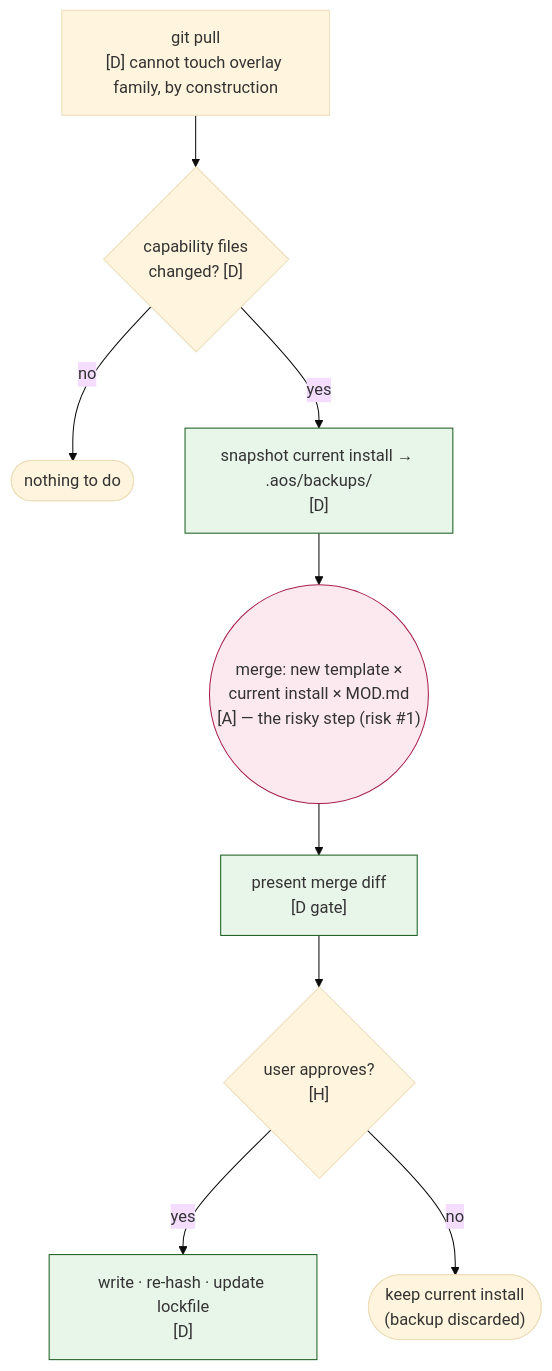
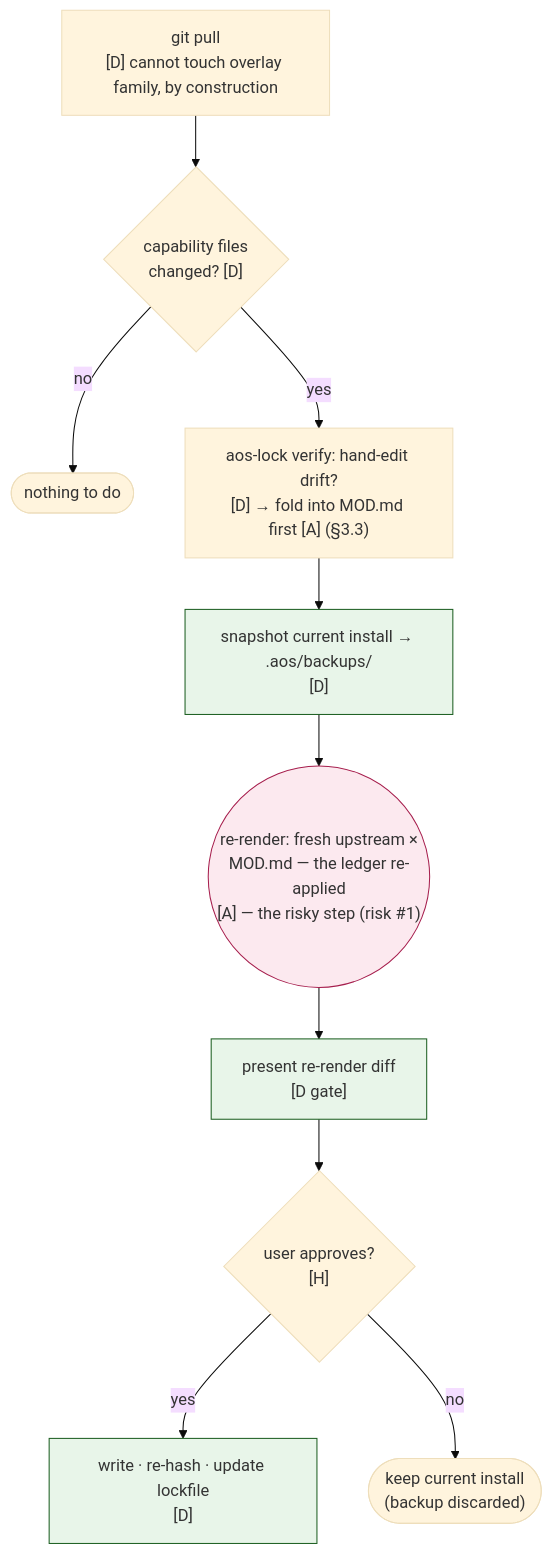
One commit to AlmogBaku/aos changed the second of 2 diagrams in design/install-flow.md. Above: the diagram before and after it, drawn with Mermaid (base theme). The commit also changed other lines of this file and 7 other files, not shown here.

````diff
--- a/design/install-flow.md
+++ b/design/install-flow.md
@@ -62,16 +61,17 @@
 ```mermaid
 flowchart TB
     A["git pull<br/>[D] cannot touch overlay family, by construction"] --> B{"capability files<br/>changed? [D]"}
     B -->|no| Z(["nothing to do"])
-    B -->|yes| C["snapshot current install → .aos/backups/<br/>[D]"]
-    C --> M(("merge: new template ×<br/>current install × MOD.md<br/>[A] — the risky step (risk #1)"))
-    M --> D["present merge diff<br/>[D gate]"]
+    B -->|yes| V["aos-lock verify: hand-edit drift?<br/>[D] → fold into MOD.md first [A] (§3.3)"]
+    V --> C["snapshot current install → .aos/backups/<br/>[D]"]
+    C --> M(("re-render: fresh upstream ×<br/>MOD.md — the ledger re-applied<br/>[A] — the risky step (risk #1)"))
+    M --> D["present re-render diff<br/>[D gate]"]
     D --> Q{"user approves?<br/>[H]"}
     Q -->|yes| W["write · re-hash · update lockfile<br/>[D]"]
     Q -->|no| K(["keep current install<br/>(backup discarded)"])
 
     style M fill:#FCE9EF,stroke:#A61E4D
     style C fill:#E8F5E9,stroke:#1B5E20
     style D fill:#E8F5E9,stroke:#1B5E20
     style W fill:#E8F5E9,stroke:#1B5E20
 ```
````
